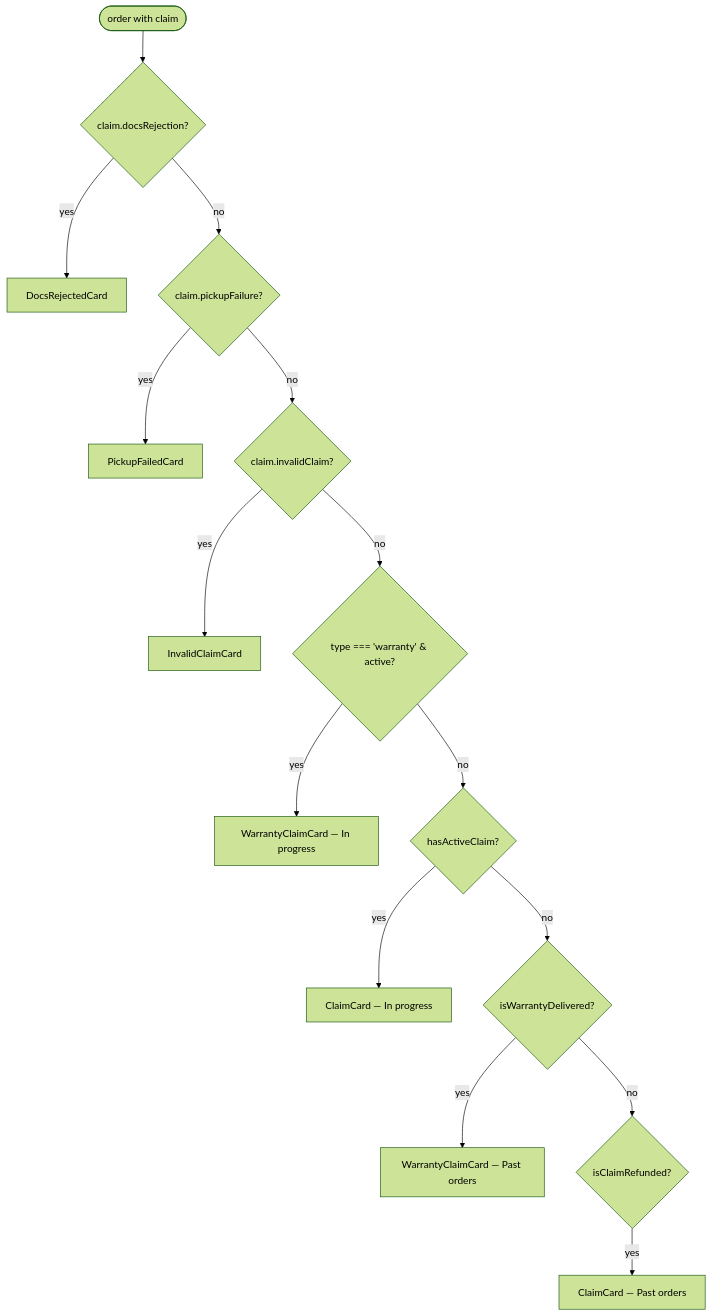
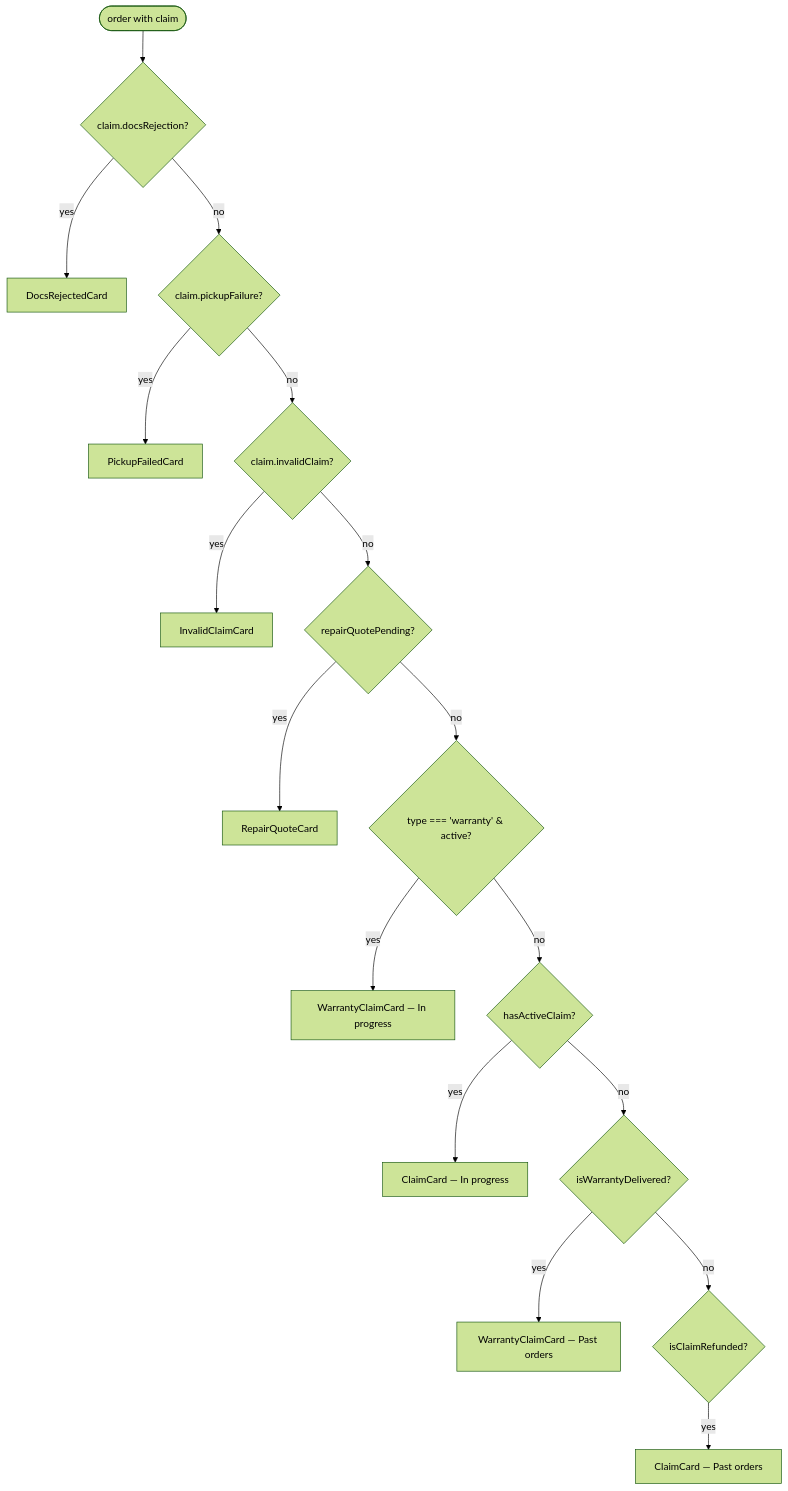
One commit to andrea-revibe/my-account-redesign-v2 changed the second of 3 diagrams in docs/output/warranties_compensations.md. Above: the diagram before and after it, drawn with Mermaid (forest theme). The commit also changed other lines of this file and 17 other files, not shown here.

First line of the commit message:
feat: one-time accidental ack + over-cap repair quote

````diff
--- a/docs/output/warranties_compensations.md
+++ b/docs/output/warranties_compensations.md
@@ -160,17 +165,19 @@
 ```mermaid
 flowchart TD
   start([order with claim]) --> q1{claim.docsRejection?}
   q1 -->|yes| docs[DocsRejectedCard]
   q1 -->|no| q2{claim.pickupFailure?}
   q2 -->|yes| pickup[PickupFailedCard]
   q2 -->|no| q3{claim.invalidClaim?}
   q3 -->|yes| invalid[InvalidClaimCard]
-  q3 -->|no| q4{type === 'warranty' &amp; active?}
+  q3 -->|no| q3b{repairQuotePending?}
+  q3b -->|yes| quote[RepairQuoteCard]
+  q3b -->|no| q4{type === 'warranty' &amp; active?}
   q4 -->|yes| warranty[WarrantyClaimCard — In progress]
   q4 -->|no| q5{hasActiveClaim?}
   q5 -->|yes| baseline[ClaimCard — In progress]
   q5 -->|no| q6{isWarrantyDelivered?}
   q6 -->|yes| warrantyPast[WarrantyClaimCard — Past orders]
   q6 -->|no| q7{isClaimRefunded?}
   q7 -->|yes| past[ClaimCard — Past orders]
 ```
````
